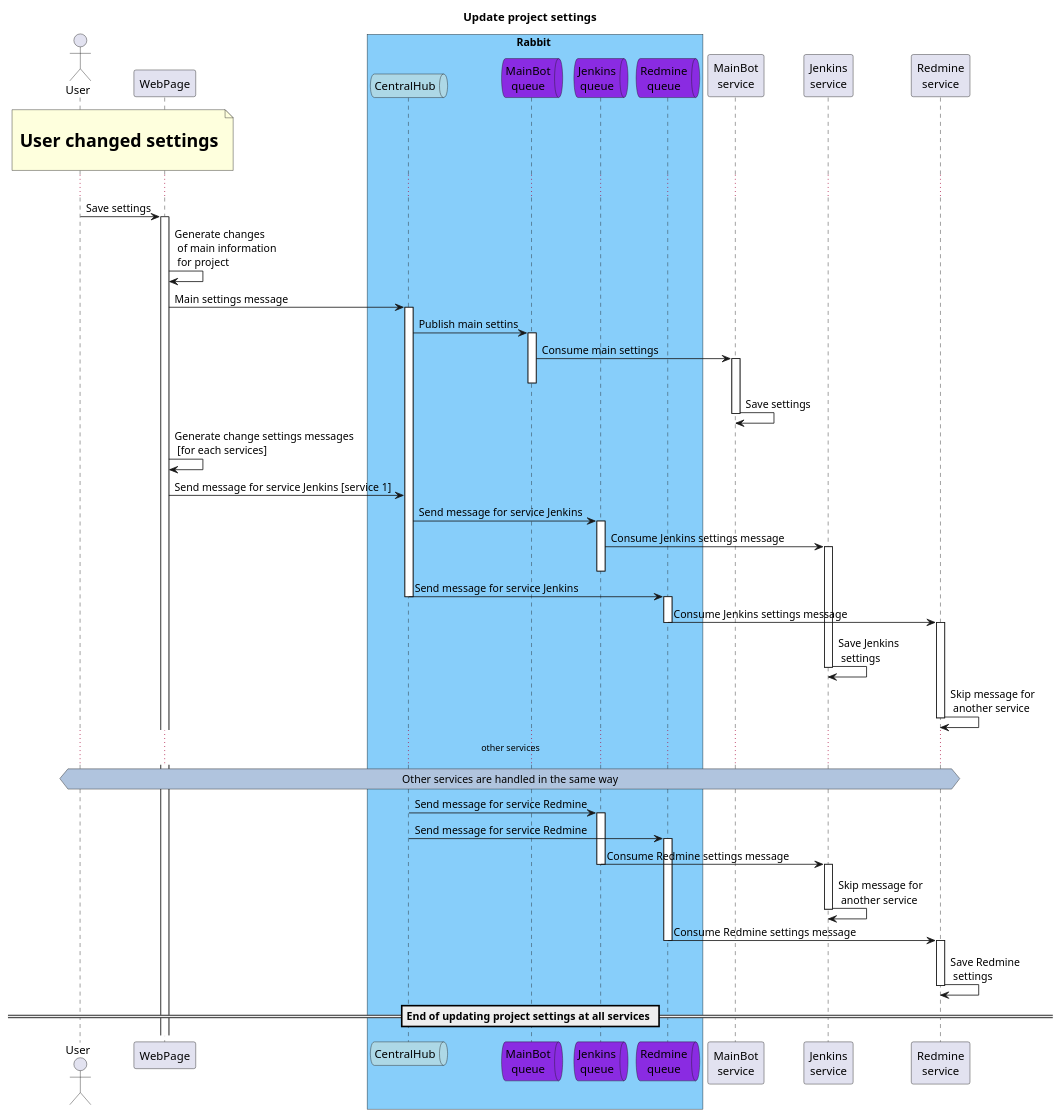
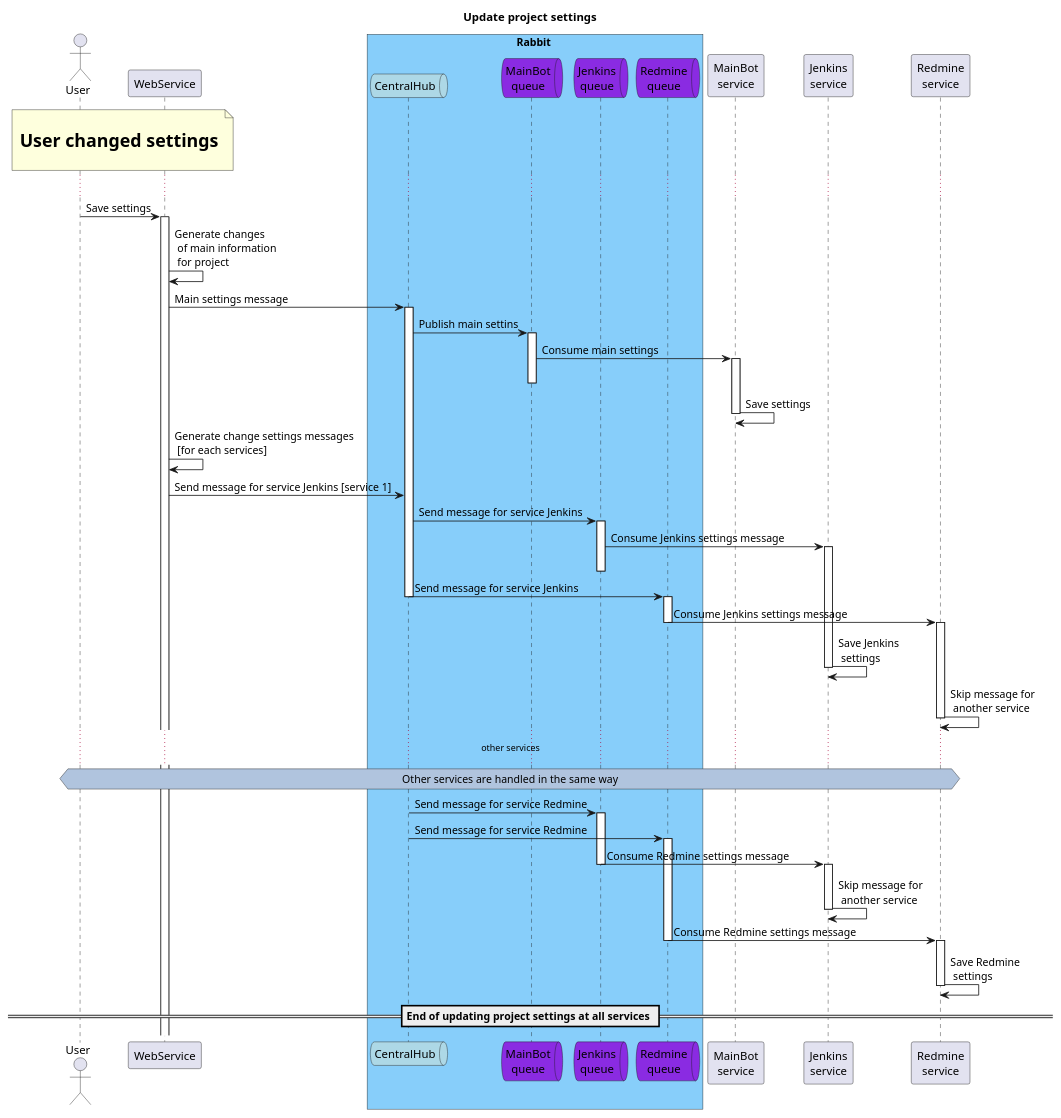
Before and after one commit to zavpav/TgBotEnterprise: the diagram in WebAdminChangeSettingsUpdate.puml, drawn with PlantUML. The commit also changed 2 other files, not shown here.

```diff
--- a/WebAdminChangeSettingsUpdate.puml
+++ b/WebAdminChangeSettingsUpdate.puml
@@ -1,76 +1,76 @@
 @startuml Update project settings
 
 title Update project settings
 
 actor User as usr
-participant WebPage as wp
+participant WebService as wp
 
 box Rabbit #LightSkyBlue 
     queue "CentralHub" as CentralHub #LightBlue
     queue "MainBot\nqueue" as mbQueue #BlueViolet
     queue "Jenkins\nqueue" as jenkinsQueue #BlueViolet
     queue "Redmine\nqueue" as redmineQueue #BlueViolet
 end box
 
 participant "MainBot\nservice" as mb
 participant "Jenkins\nservice" as jenkins
 participant "Redmine\nservice" as redmine
 
 
 note over usr, wp : \n <size:22>**User changed settings**</size> \n
 ...
 
 usr -> wp : Save settings
 activate wp
 wp -> wp : Generate changes\n of main information\n for project
 wp -> CentralHub : Main settings message
 activate CentralHub
 CentralHub -> mbQueue : Publish main settins
 activate mbQueue
 mbQueue -> mb : Consume main settings
 activate mb
 deactivate mbQueue
 mb -> mb: Save settings
 deactivate mb
 
 
 
 wp -> wp : Generate change settings messages\n [for each services]
 wp -> CentralHub : Send message for service Jenkins [service 1]
 CentralHub -> jenkinsQueue : Send message for service Jenkins
 activate jenkinsQueue
 jenkinsQueue -> jenkins : Consume Jenkins settings message 
 activate jenkins
 deactivate jenkinsQueue
 CentralHub -> redmineQueue : Send message for service Jenkins
 deactivate CentralHub
 activate redmineQueue
 redmineQueue -> redmine  : Consume Jenkins settings message
 deactivate redmineQueue
 activate redmine
 jenkins -> jenkins : Save Jenkins\n settings
 deactivate jenkins
 redmine -> redmine : Skip message for\n another service
 deactivate redmine
 
 ... other services ...
 hnote across #LightSteelBlue: Other services are handled in the same way 
 CentralHub -> jenkinsQueue : Send message for service Redmine
 activate jenkinsQueue
 CentralHub -> redmineQueue : Send message for service Redmine
 deactivate CentralHub
 activate redmineQueue
 jenkinsQueue -> jenkins : Consume Redmine settings message 
 deactivate jenkinsQueue
 activate jenkins
 jenkins -> jenkins : Skip message for\n another service
 deactivate jenkins
 redmineQueue -> redmine  : Consume Redmine settings message
 deactivate redmineQueue
 activate redmine
 redmine -> redmine : Save Redmine\n settings
 deactivate redmine
 
 == End of updating project settings at all services == 
 
 @enduml
```
